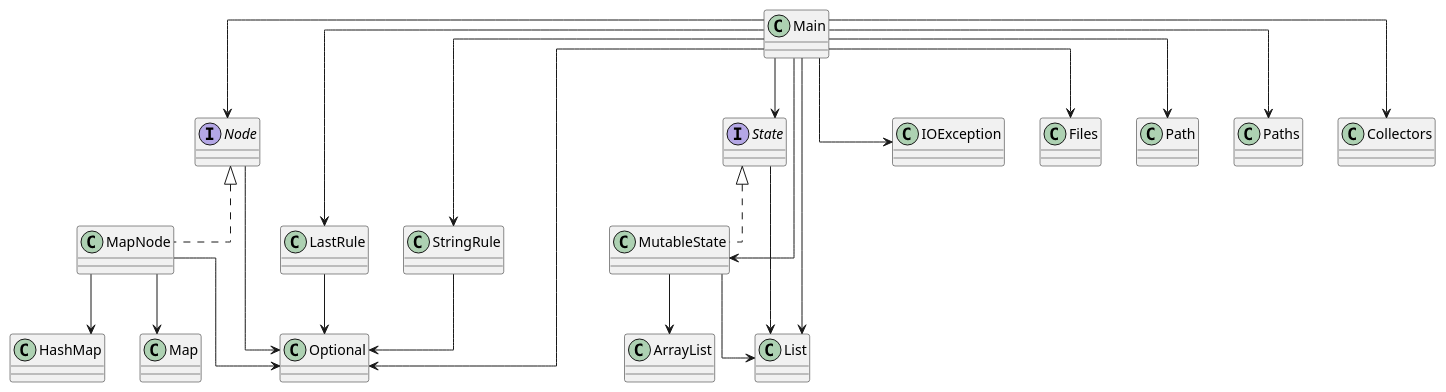
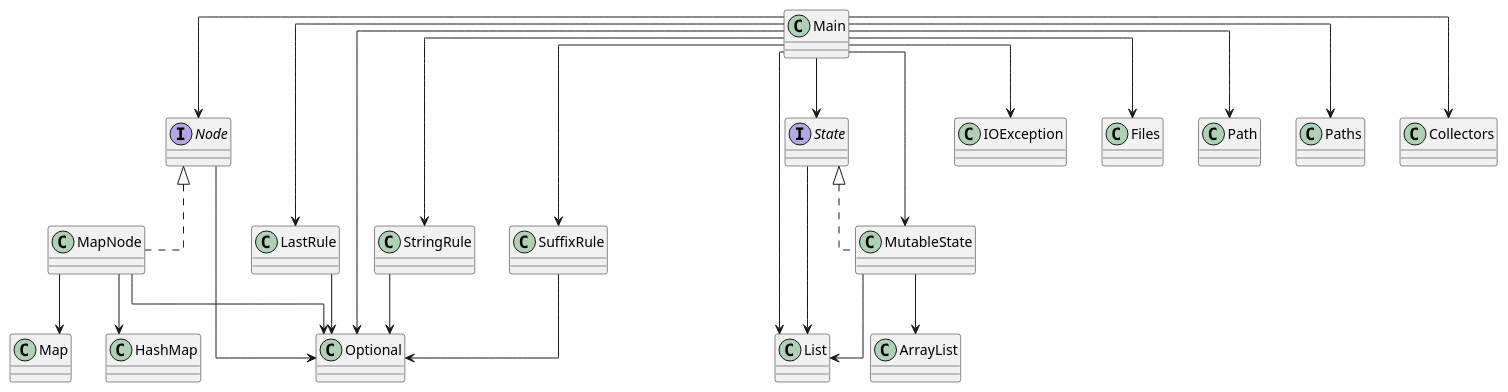
One commit to SirMathhman/Magma changed the diagram in diagram.puml. Above: the diagram before and after it, drawn with PlantUML. The commit also changed 2 other files, not shown here.

Commit message:
LastRule

```diff
--- a/diagram.puml
+++ b/diagram.puml
@@ -1,36 +1,39 @@
 @startuml
 skinparam linetype ortho
 class Node
 Node --> Optional
 interface Node
 class MutableState
 MutableState --> ArrayList
 MutableState --> List
 class MutableState implements State
 class Main
 Main --> LastRule
 Main --> MutableState
 Main --> Node
 Main --> State
 Main --> StringRule
+Main --> SuffixRule
 Main --> IOException
 Main --> Files
 Main --> Path
 Main --> Paths
 Main --> List
 Main --> Optional
 Main --> Collectors
 class Main
 class StringRule
 StringRule --> Optional
 class LastRule
 LastRule --> Optional
 class MapNode
 MapNode --> HashMap
 MapNode --> Map
 MapNode --> Optional
 class MapNode implements Node
+class SuffixRule
+SuffixRule --> Optional
 class State
 State --> List
 interface State
 @enduml
```
